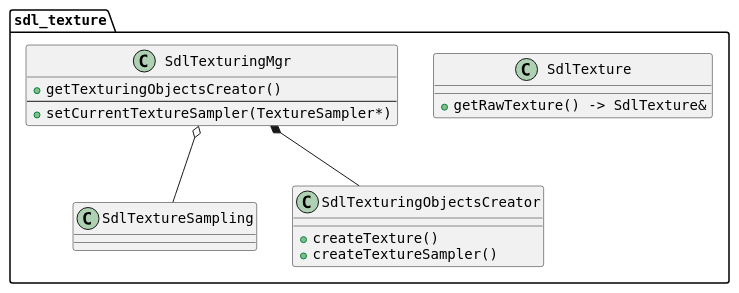
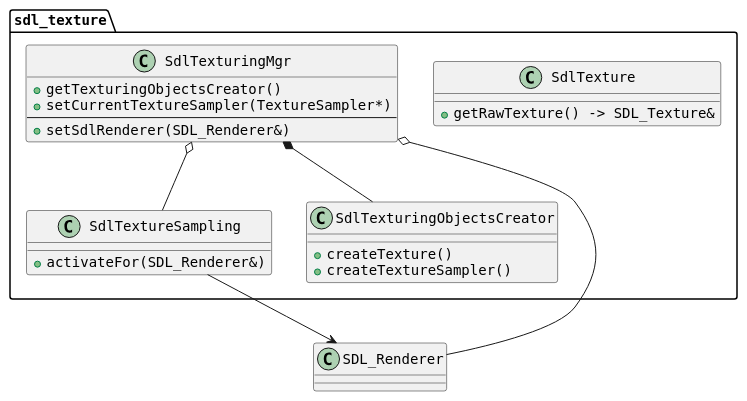
One commit to master-clown/TbaEngine changed the diagram in uml/Render/Impl/Sdl/textures.puml. Above: the diagram before and after it, drawn with PlantUML.

```diff
--- a/uml/Render/Impl/Sdl/textures.puml
+++ b/uml/Render/Impl/Sdl/textures.puml
@@ -1,34 +1,44 @@
 @startuml
 
 skinparam defaultFontName monospaced
 
 '=======================================================================================================================
+class SDL_Renderer
+
+'=======================================================================================================================
 package sdl_texture {
     '===================================================================================================================
     class SdlTexture {
-        + getRawTexture() -> SdlTexture&
+        + getRawTexture() -> SDL_Texture&
     }
 
     '===================================================================================================================
-    class SdlTextureSampling
+    class SdlTextureSampling {
+        + activateFor(SDL_Renderer&)
+    }
+
+    '-------------------------------------------------------------------------------------------------------------------
+    SdlTextureSampling --> SDL_Renderer
 
     '===================================================================================================================
     class SdlTexturingObjectsCreator  {
         + createTexture()
         + createTextureSampler()
     }
 
     '===================================================================================================================
     class SdlTexturingMgr  {
         + getTexturingObjectsCreator()
+        + setCurrentTextureSampler(TextureSampler*)
     --
-        + setCurrentTextureSampler(TextureSampler*)
+        + setSdlRenderer(SDL_Renderer&)
     }
 
     '-------------------------------------------------------------------------------------------------------------------
     SdlTexturingMgr *-- SdlTexturingObjectsCreator
     SdlTexturingMgr o-- SdlTextureSampling
+    SdlTexturingMgr o-- SDL_Renderer
 }
 
 '=======================================================================================================================
 @enduml
```
